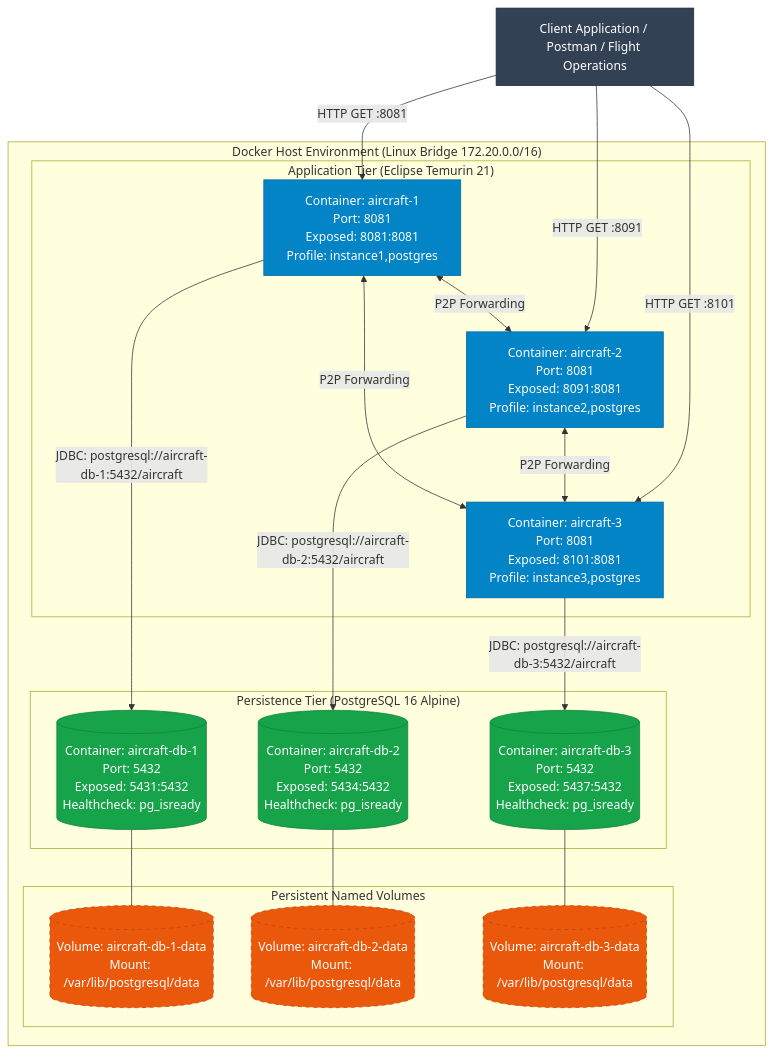
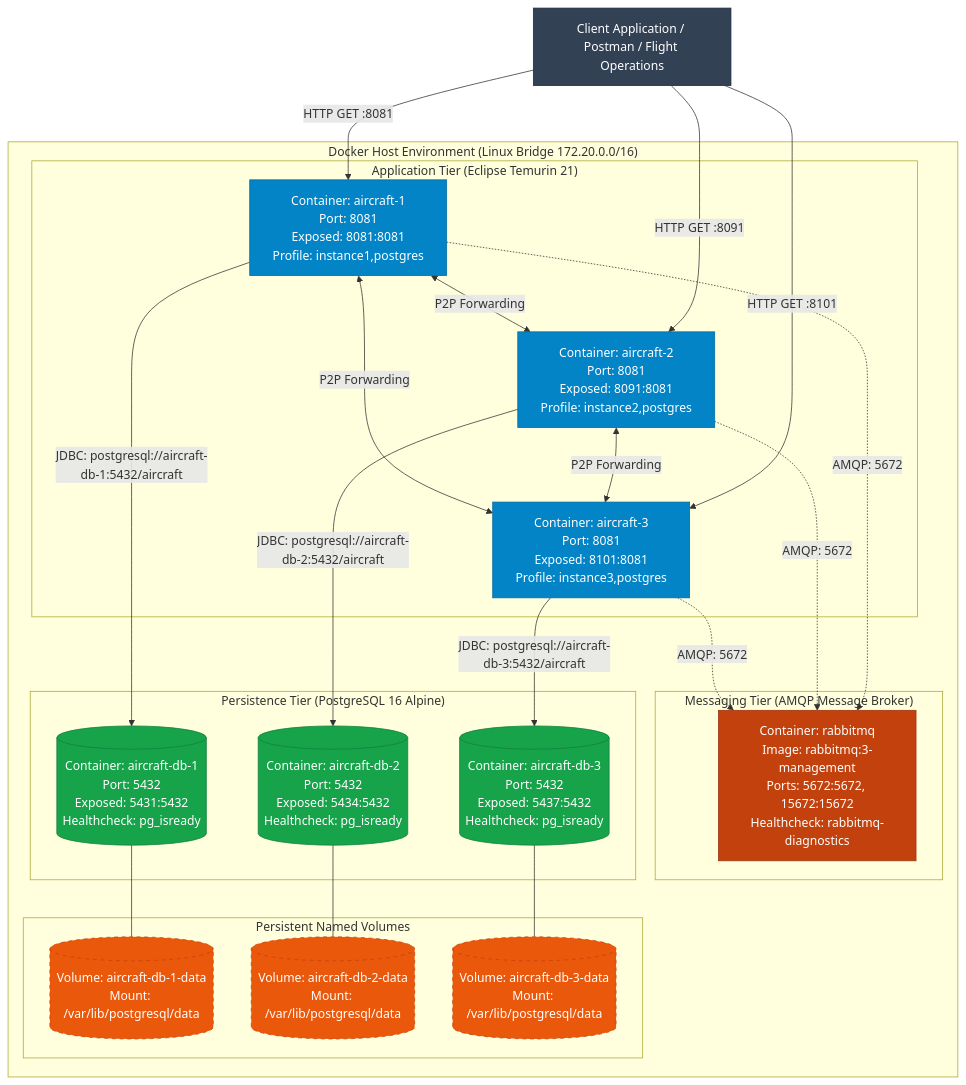
The fifth of 8 diagrams in docs/C4-Model.md (ImJay1527/aircraft-maintenance-service), drawn with Mermaid before and after one commit. The commit also changed other lines of this file and 4 other files, not shown here.

Commit message:
docs(c4-amqp): update C4 model diagrams, AMQP contract, and test metrics to 163 tests

````diff
--- a/docs/C4-Model.md
+++ b/docs/C4-Model.md
@@ -228,46 +275,55 @@
 ```mermaid
 %% C4 Level 4 - Deployment Diagram
 flowchart TB
     classDef client fill:#334155,stroke:#1e293b,color:#fff;
     classDef app fill:#0284c7,stroke:#0369a1,color:#fff;
     classDef db fill:#16a34a,stroke:#15803d,color:#fff;
     classDef vol fill:#ea580c,stroke:#c2410c,color:#fff,stroke-dasharray: 5 5;
+    classDef broker fill:#c2410c,stroke:#9a3412,color:#fff;
 
     clientNode["Client Application / Postman / Flight Operations"]:::client
 
     subgraph DockerHost["Docker Host Environment (Linux Bridge 172.20.0.0/16)"]
         subgraph AppCluster["Application Tier (Eclipse Temurin 21)"]
             inst1["Container: aircraft-1<br/>Port: 8081<br/>Exposed: 8081:8081<br/>Profile: instance1,postgres"]:::app
             inst2["Container: aircraft-2<br/>Port: 8081<br/>Exposed: 8091:8081<br/>Profile: instance2,postgres"]:::app
             inst3["Container: aircraft-3<br/>Port: 8081<br/>Exposed: 8101:8081<br/>Profile: instance3,postgres"]:::app
+        end
+
+        subgraph BrokerCluster["Messaging Tier (AMQP Message Broker)"]
+            rmq["Container: rabbitmq<br/>Image: rabbitmq:3-management<br/>Ports: 5672:5672, 15672:15672<br/>Healthcheck: rabbitmq-diagnostics"]:::broker
         end
 
         subgraph DBCluster["Persistence Tier (PostgreSQL 16 Alpine)"]
             db1[("Container: aircraft-db-1<br/>Port: 5432<br/>Exposed: 5431:5432<br/>Healthcheck: pg_isready")]:::db
             db2[("Container: aircraft-db-2<br/>Port: 5432<br/>Exposed: 5434:5432<br/>Healthcheck: pg_isready")]:::db
             db3[("Container: aircraft-db-3<br/>Port: 5432<br/>Exposed: 5437:5432<br/>Healthcheck: pg_isready")]:::db
         end
 
         subgraph VolumeTier["Persistent Named Volumes"]
             v1[("Volume: aircraft-db-1-data<br/>Mount: /var/lib/postgresql/data")]:::vol
             v2[("Volume: aircraft-db-2-data<br/>Mount: /var/lib/postgresql/data")]:::vol
             v3[("Volume: aircraft-db-3-data<br/>Mount: /var/lib/postgresql/data")]:::vol
         end
     end
 
     clientNode -->|"HTTP GET :8081"| inst1
     clientNode -->|"HTTP GET :8091"| inst2
     clientNode -->|"HTTP GET :8101"| inst3
 
     inst1 <-->|"P2P Forwarding"| inst2
     inst2 <-->|"P2P Forwarding"| inst3
     inst1 <-->|"P2P Forwarding"| inst3
 
     inst1 -->|"JDBC: postgresql://aircraft-db-1:5432/aircraft"| db1
     inst2 -->|"JDBC: postgresql://aircraft-db-2:5432/aircraft"| db2
     inst3 -->|"JDBC: postgresql://aircraft-db-3:5432/aircraft"| db3
 
+    inst1 -.->|"AMQP: 5672"| rmq
+    inst2 -.->|"AMQP: 5672"| rmq
+    inst3 -.->|"AMQP: 5672"| rmq
+
     db1 --- v1
     db2 --- v2
     db3 --- v3
 ```
````
